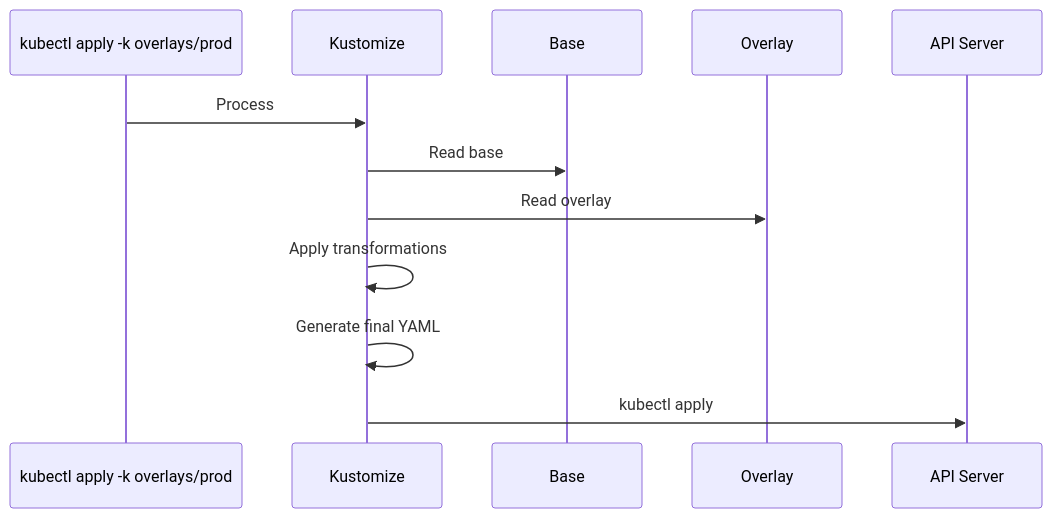
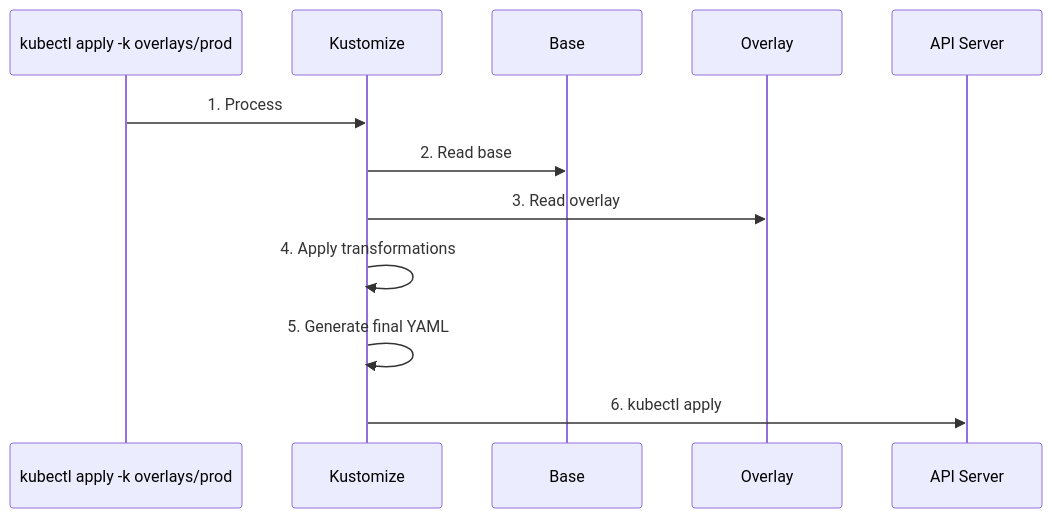
The seventh of 9 diagrams in slides/kustomize/slides.md (courselabs/kubernetes), drawn with Mermaid before and after one commit. The commit also changed other lines of this file and 5 other files, not shown here.

````diff
--- a/slides/kustomize/slides.md
+++ b/slides/kustomize/slides.md
@@ -382,14 +420,14 @@
 ```mermaid
 sequenceDiagram
     participant U as kubectl apply -k overlays/prod
     participant K as Kustomize
     participant B as Base
     participant O as Overlay
     participant A as API Server
-    U->>K: Process
-    K->>B: Read base
-    K->>O: Read overlay
-    K->>K: Apply transformations
-    K->>K: Generate final YAML
-    K->>A: kubectl apply
+    U->>K: 1. Process
+    K->>B: 2. Read base
+    K->>O: 3. Read overlay
+    K->>K: 4. Apply transformations
+    K->>K: 5. Generate final YAML
+    K->>A: 6. kubectl apply
 ```
````
